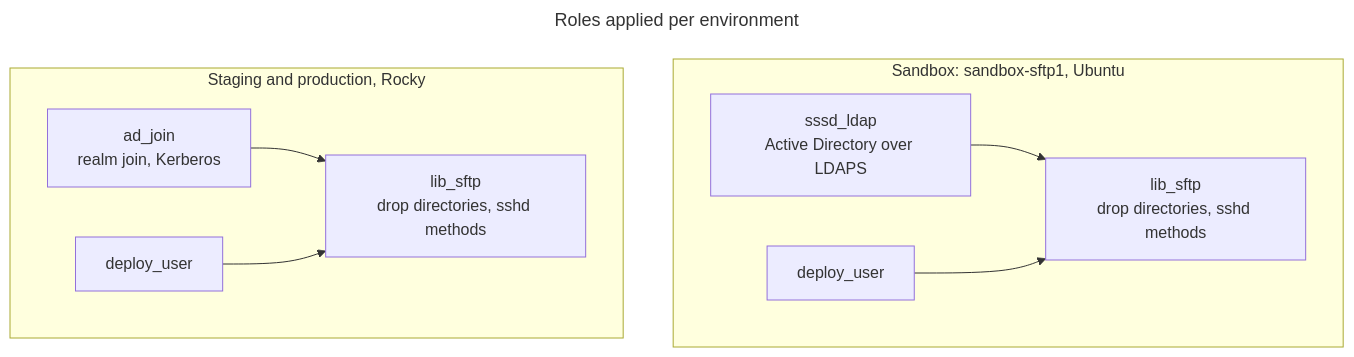
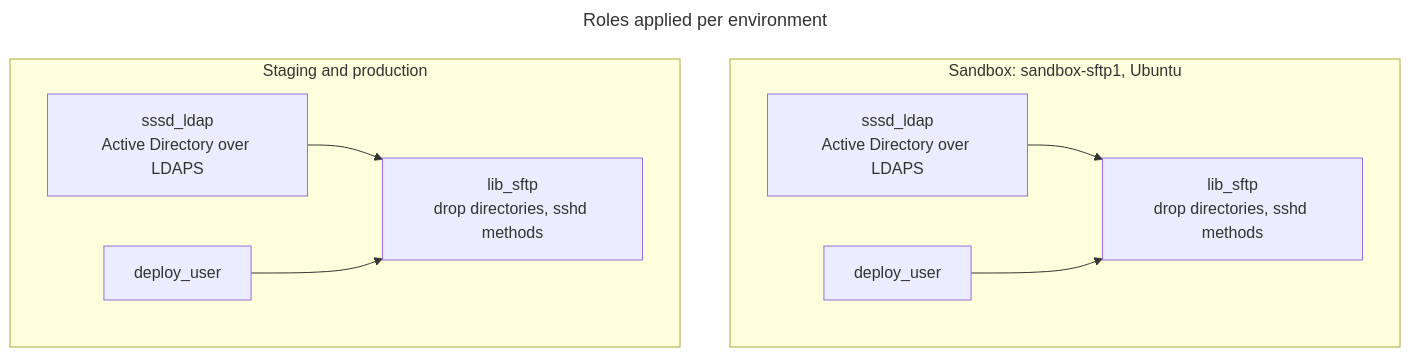
Before and after one commit to pulibrary/princeton_ansible: the second of 2 diagrams in roles/lib_sftp/AUTH_FLOW.md, drawn with Mermaid. The commit also changed other lines of this file and 14 other files, not shown here.

````diff
--- a/roles/lib_sftp/AUTH_FLOW.md
+++ b/roles/lib_sftp/AUTH_FLOW.md
@@ -76,14 +76,14 @@
 ```mermaid
 ---
 title: "Roles applied per environment"
 ---
 flowchart TD
   subgraph sandbox["Sandbox: sandbox-sftp1, Ubuntu"]
     C1["sssd_ldap<br/>Active Directory over LDAPS"] --> D1["lib_sftp<br/>drop directories, sshd methods"]
     C3["deploy_user"] --> D1
   end
-  subgraph prod["Staging and production, Rocky"]
-    A1["ad_join<br/>realm join, Kerberos"] --> B1["lib_sftp<br/>drop directories, sshd methods"]
+  subgraph prod["Staging and production"]
+    A1["sssd_ldap<br/>Active Directory over LDAPS"] --> B1["lib_sftp<br/>drop directories, sshd methods"]
     A3["deploy_user"] --> B1
   end
 ```
````
